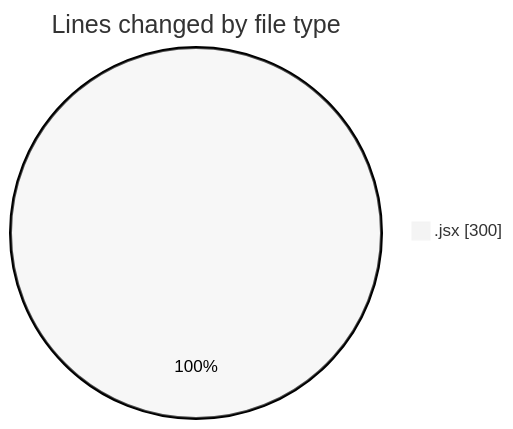
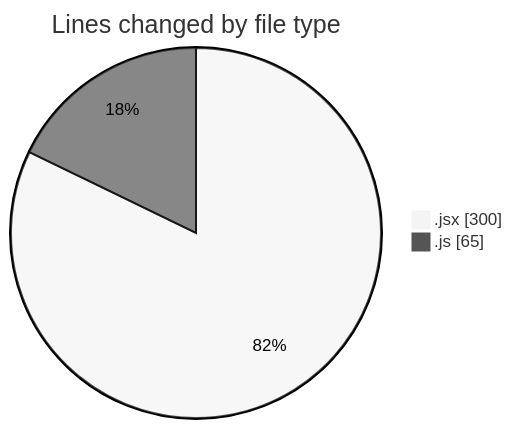
Before and after one commit to nxtqubesakshisongat/code-tracking: the first of 2 diagrams in 2025-11-05/nxtqube_webapp/README.md, drawn with Mermaid (neutral theme). The commit also changed other lines of this file and 1 other file, not shown here.

````diff
--- a/2025-11-05/nxtqube_webapp/README.md
+++ b/2025-11-05/nxtqube_webapp/README.md
@@ -20,5 +21,6 @@
 ```mermaid
 pie showData
 title Lines changed by file type
 ".jsx" : 300
+".js" : 65
 ```
````
